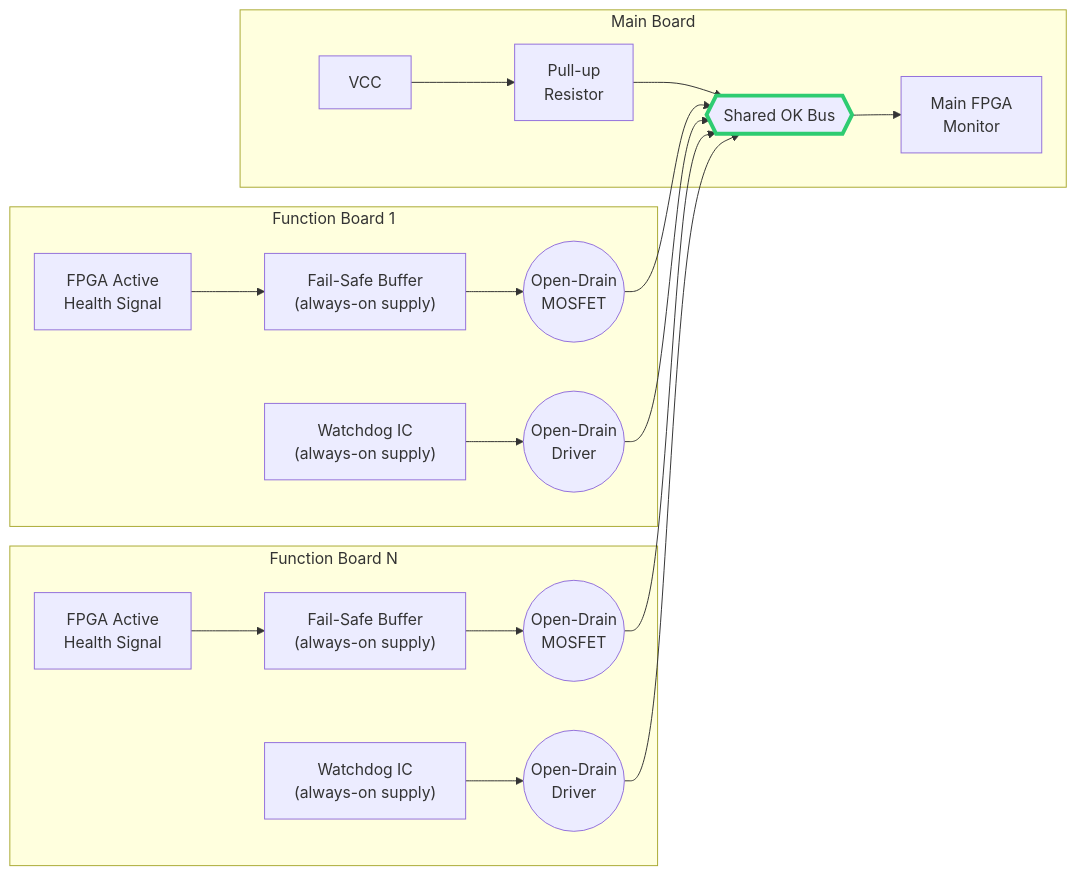
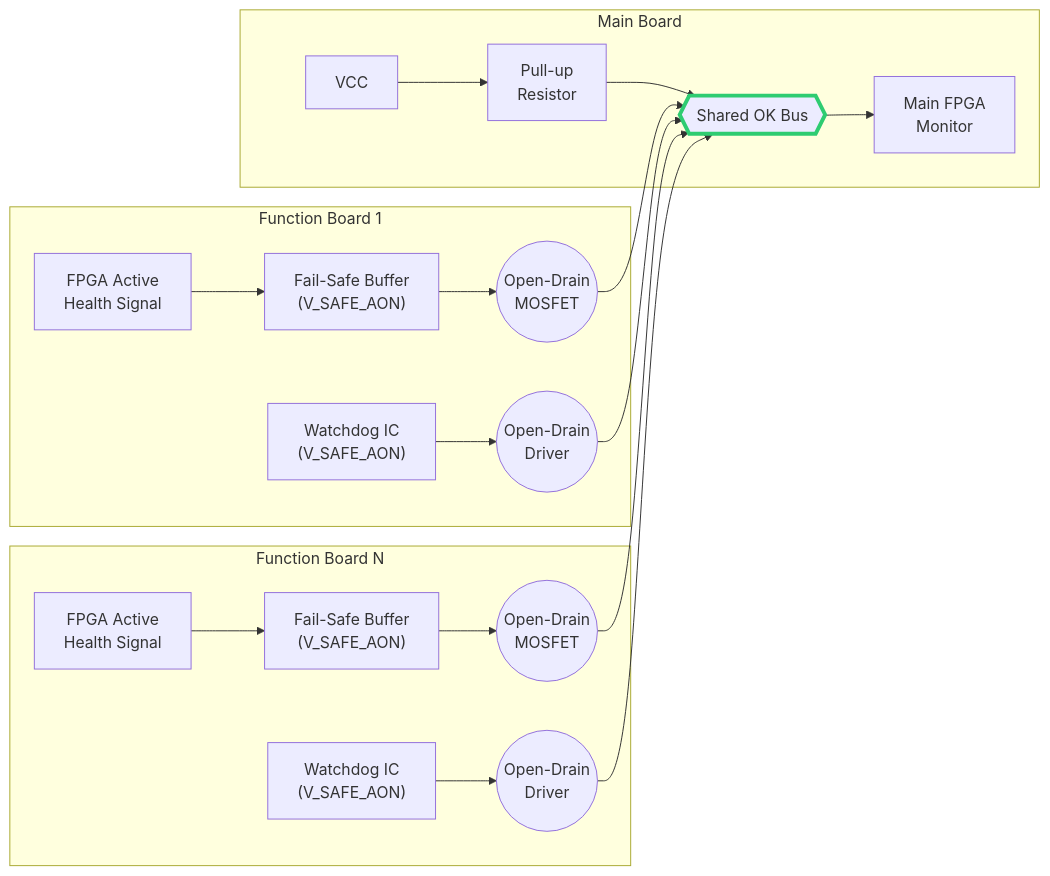
Before and after one commit to bcancinov/mdc-architecture: the diagram in decisions/ADR-001_presence_health_detection.md, drawn with Mermaid. The commit also changed other lines of this file and 8 other files, not shown here.

````diff
--- a/decisions/ADR-001_presence_health_detection.md
+++ b/decisions/ADR-001_presence_health_detection.md
@@ -87,28 +87,28 @@
 ```mermaid
 flowchart LR
     subgraph Main ["Main Board"]
         VCC["VCC"] --> PULLUP["Pull-up\nResistor"]
         PULLUP --> OK_BUS
         OK_BUS --> MON["Main FPGA\nMonitor"]
     end
 
     subgraph FB1 ["Function Board 1"]
-        FPGA1["FPGA Active\nHealth Signal"] --> FS1["Fail-Safe Buffer\n(always-on supply)"]
+        FPGA1["FPGA Active\nHealth Signal"] --> FS1["Fail-Safe Buffer\n(V_SAFE_AON)"]
         FS1 --> MOS1(("Open-Drain\nMOSFET"))
-        WD1["Watchdog IC\n(always-on supply)"] --> WD1_OD(("Open-Drain\nDriver"))
+        WD1["Watchdog IC\n(V_SAFE_AON)"] --> WD1_OD(("Open-Drain\nDriver"))
         MOS1 --> OK_BUS
         WD1_OD --> OK_BUS
     end
 
     subgraph FB2 ["Function Board N"]
-        FPGA2["FPGA Active\nHealth Signal"] --> FS2["Fail-Safe Buffer\n(always-on supply)"]
+        FPGA2["FPGA Active\nHealth Signal"] --> FS2["Fail-Safe Buffer\n(V_SAFE_AON)"]
         FS2 --> MOS2(("Open-Drain\nMOSFET"))
-        WD2["Watchdog IC\n(always-on supply)"] --> WD2_OD(("Open-Drain\nDriver"))
+        WD2["Watchdog IC\n(V_SAFE_AON)"] --> WD2_OD(("Open-Drain\nDriver"))
         MOS2 --> OK_BUS
         WD2_OD --> OK_BUS
     end
 
     OK_BUS{{"Shared OK Bus"}}
 
     style OK_BUS stroke:#2ECC71,stroke-width:4px
 ```
````
